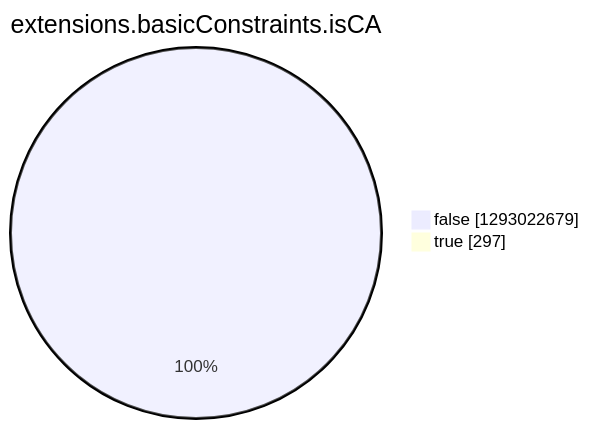
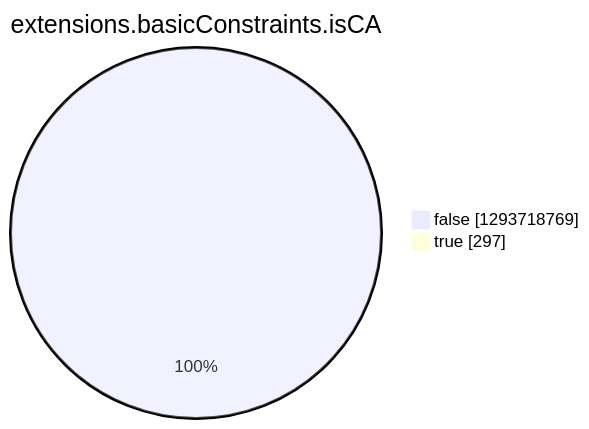
The eighth of 15 diagrams in argon2022/README.md (christiankrug/ctmonitor_visualization), drawn with Mermaid before and after one commit. The commit also changed other lines of this file, not shown here.

````diff
--- a/argon2022/README.md
+++ b/argon2022/README.md
@@ -2756,6 +2756,6 @@
 ```mermaid
 pie showData
 title extensions.basicConstraints.isCA
-"false" :1293022679
+"false" :1293718769
 "true" :297
 ```
````
